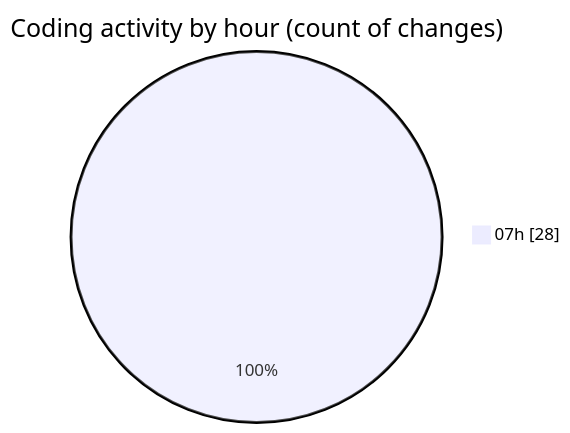
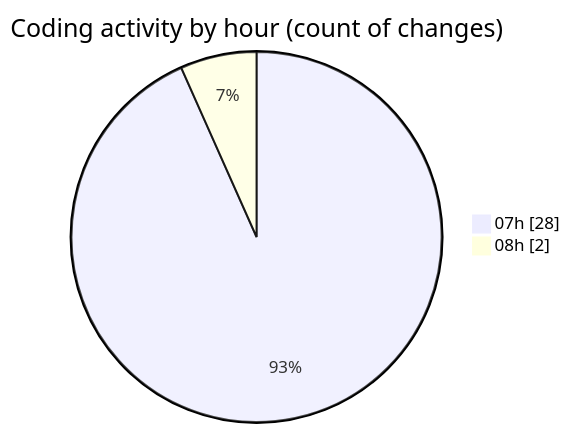
Before and after one commit to MatusMokan/code-tracking: the second of 2 diagrams in 2026-01-08/testuploaddovera/README.md, drawn with Mermaid. The commit also changed other lines of this file and 1 other file, not shown here.

````diff
--- a/2026-01-08/testuploaddovera/README.md
+++ b/2026-01-08/testuploaddovera/README.md
@@ -35,5 +35,6 @@
 ```mermaid
 pie showData
 title Coding activity by hour (count of changes)
 "07h" : 28
+"08h" : 2
 ```
````
